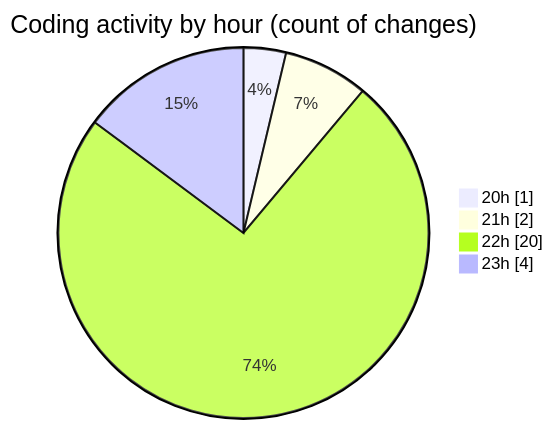
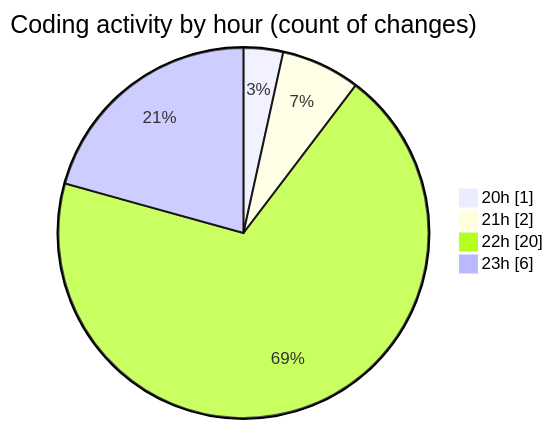
The second of 2 diagrams in 2025-02-18/myws__workspace_/README.md (MatusMokan/code-tracking), drawn with Mermaid before and after one commit. The commit also changed other lines of this file and 1 other file, not shown here.

````diff
--- a/2025-02-18/myws__workspace_/README.md
+++ b/2025-02-18/myws__workspace_/README.md
@@ -36,8 +37,8 @@
 ```mermaid
 pie showData
 title Coding activity by hour (count of changes)
 "20h" : 1
 "21h" : 2
 "22h" : 20
-"23h" : 4
+"23h" : 6
 ```
````
